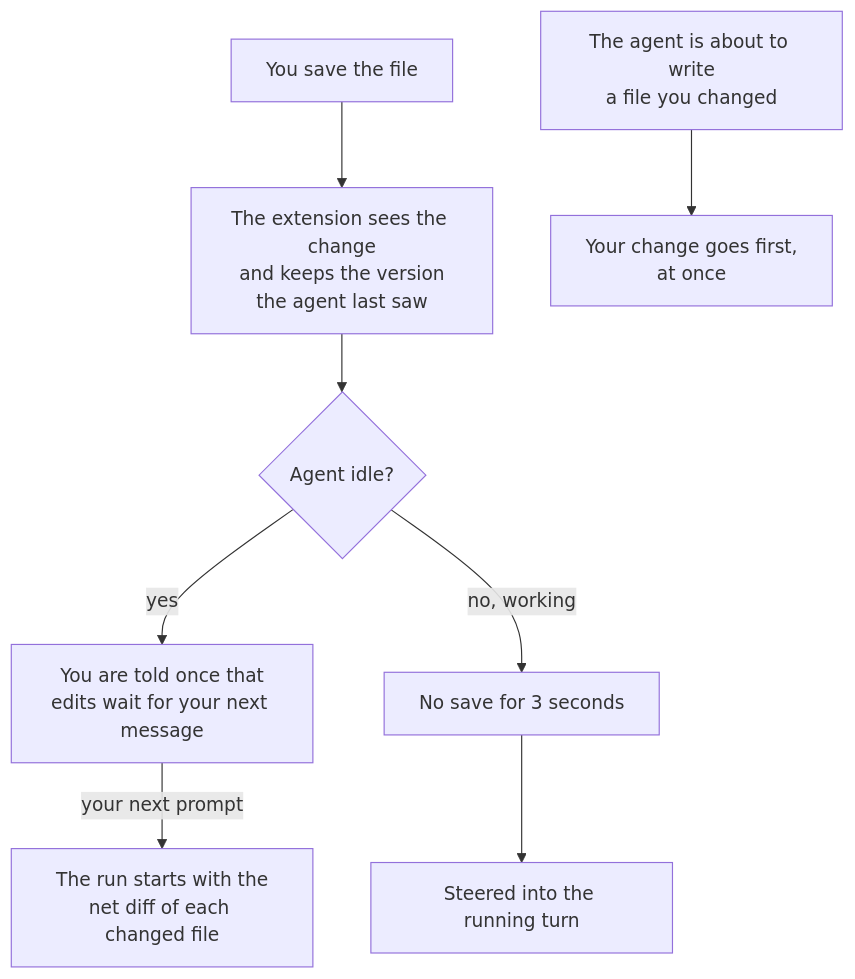
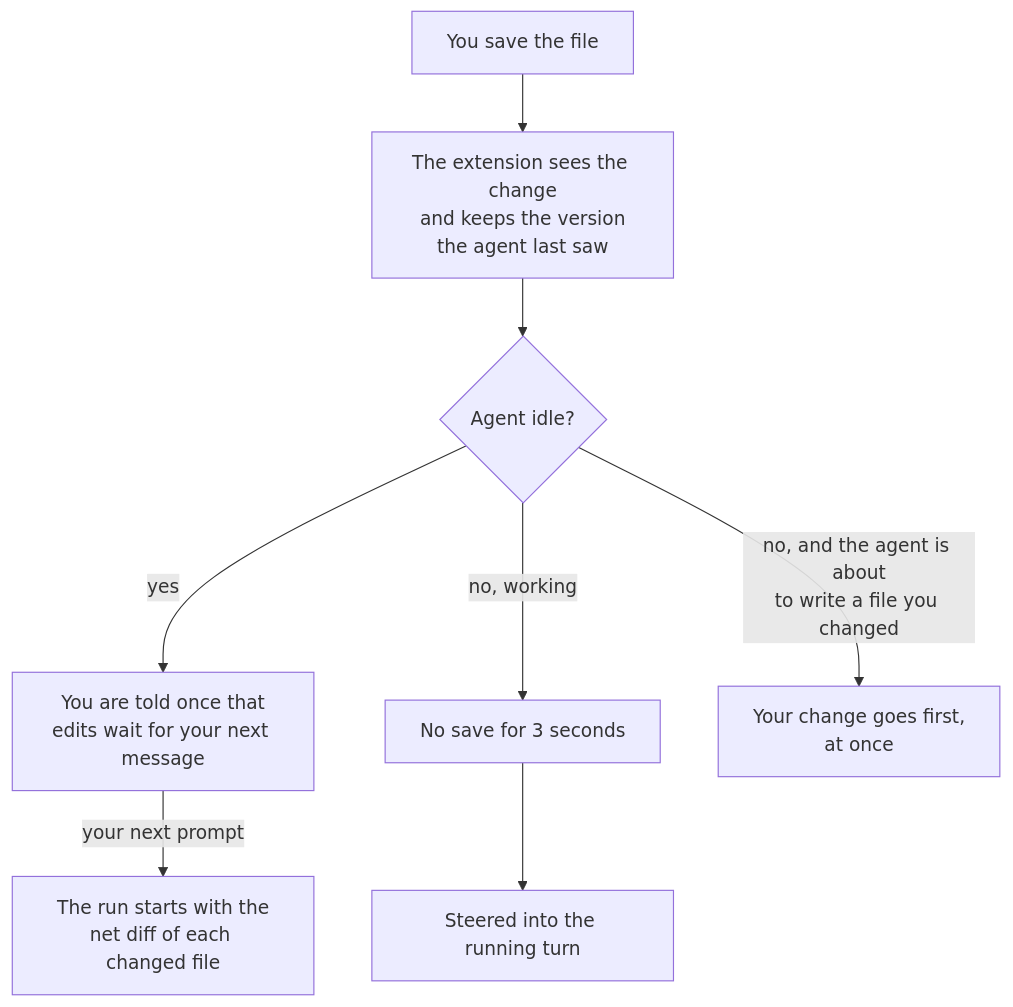
The third of 3 diagrams in docs/reference.md (wayne930242/pi-better-show), drawn with Mermaid before and after one commit. The commit also changed other lines of this file, not shown here.

Commit message:
docs(reference): narrow the show_doc sequence, connect the edit-mode branch, stack the diagram-comment flow

````diff
--- a/docs/reference.md
+++ b/docs/reference.md
@@ -792,10 +792,10 @@
 ```mermaid
 flowchart TD
   save["You save the file"] --> watch["The extension sees the change<br/>and keeps the version<br/>the agent last saw"]
   watch --> idle{"Agent idle?"}
   idle -->|"yes"| held["You are told once that<br/>edits wait for your next message"]
   held -->|"your next prompt"| start["The run starts with the<br/>net diff of each changed file"]
   idle -->|"no, working"| quiet["No save for 3 seconds"]
   quiet --> steer["Steered into the running turn"]
-  agentwrite["The agent is about to write<br/>a file you changed"] --> first["Your change goes first,<br/>at once"]
+  idle -->|"no, and the agent is about<br/>to write a file you changed"| first["Your change goes first,<br/>at once"]
 ```
````
